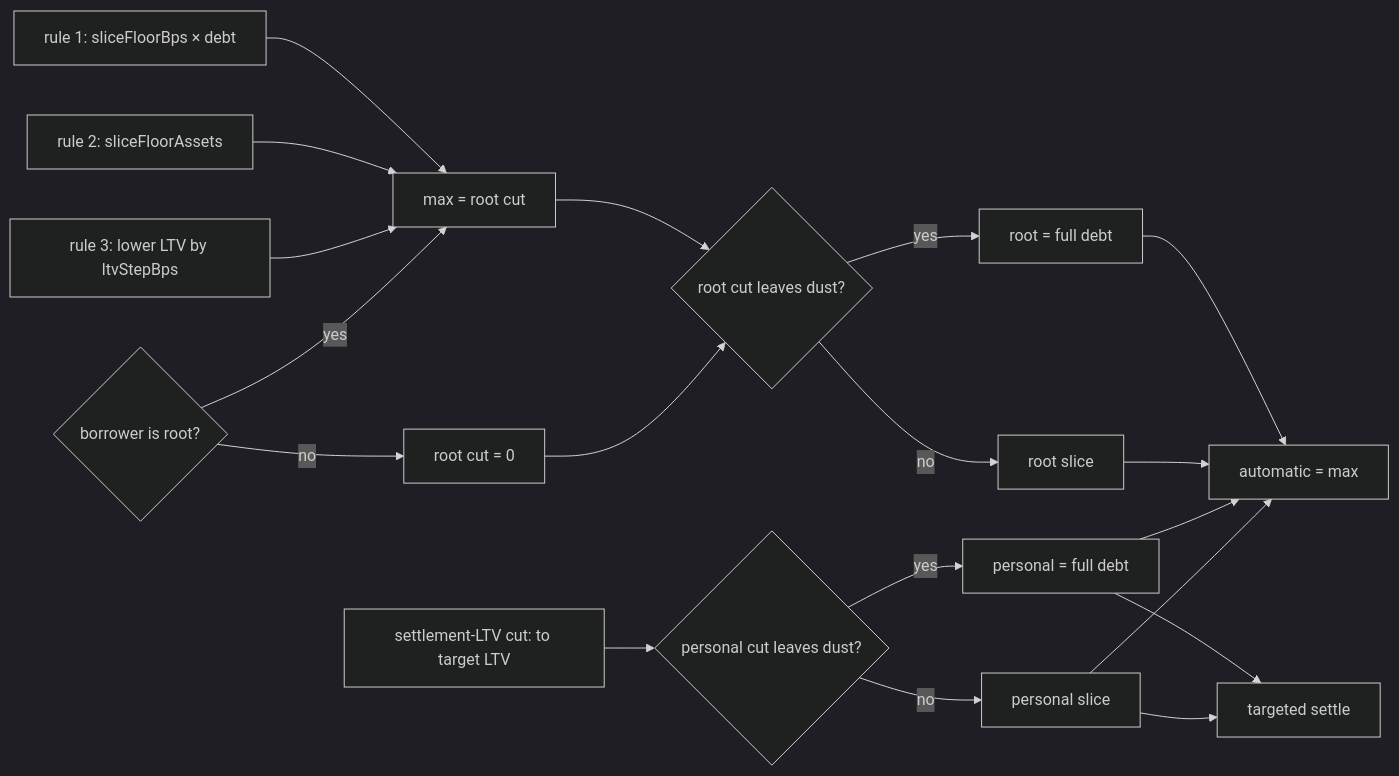
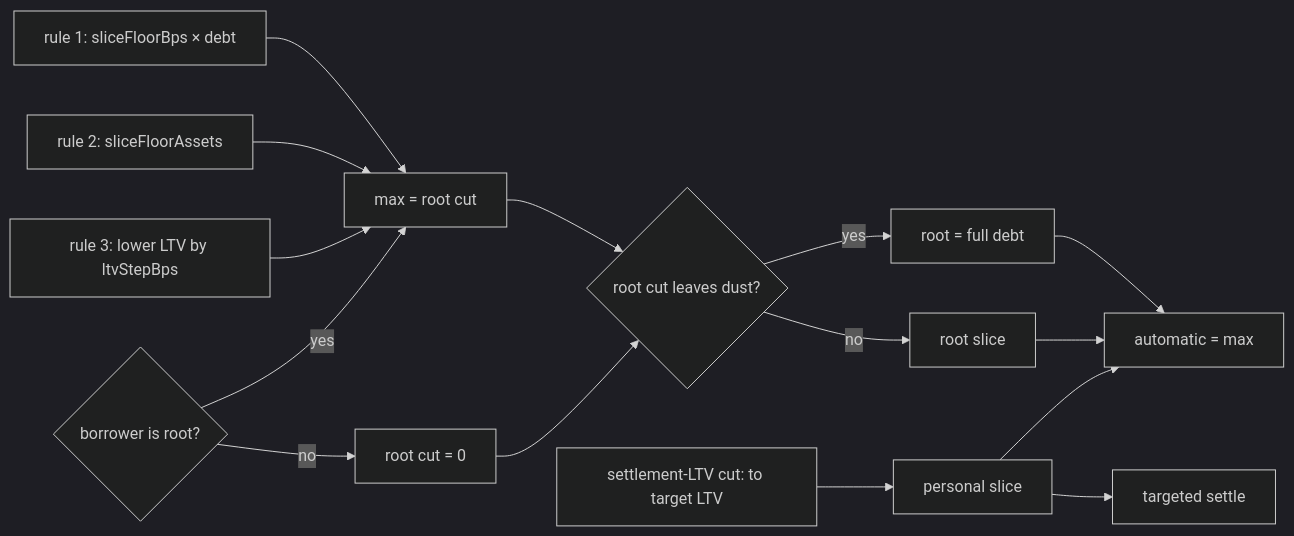
The third of 3 diagrams in docs/specs/architecture.md (lidofinance/lend-markets), drawn with Mermaid (dark theme) before and after one commit. The commit also changed other lines of this file and 13 other files, not shown here.

Commit message:
fix(settlement): restrict dust promotion to queue-root cuts

````diff
--- a/docs/specs/architecture.md
+++ b/docs/specs/architecture.md
@@ -271,21 +271,17 @@
 ```mermaid
 flowchart LR
     A["rule 1: sliceFloorBps × debt"] --> MR[max = root cut]
     B["rule 2: sliceFloorAssets"] --> MR
     C["rule 3: lower LTV by ltvStepBps"] --> MR
     Z{"borrower is root?"} -->|yes| MR
     Z -->|no| NR[root cut = 0]
     MR --> RD{root cut leaves dust?}
     NR --> RD
     RD -->|yes| RF[root = full debt]
     RD -->|no| RS[root slice]
-    WM["settlement-LTV cut: to target LTV"] --> PD{personal cut leaves dust?}
-    PD -->|yes| PF[personal = full debt]
-    PD -->|no| PS[personal slice]
+    WM["settlement-LTV cut: to target LTV"] --> PS[personal slice]
     RF --> AUTO[automatic = max]
     RS --> AUTO
-    PF --> AUTO
     PS --> AUTO
-    PF --> TARGET[targeted settle]
-    PS --> TARGET
+    PS --> TARGET[targeted settle]
 ```
````
